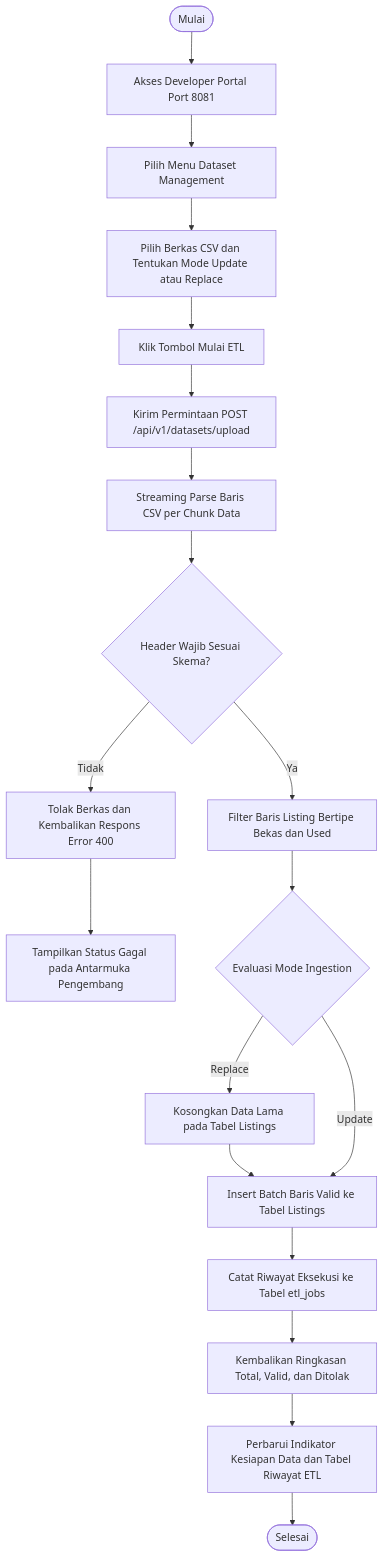
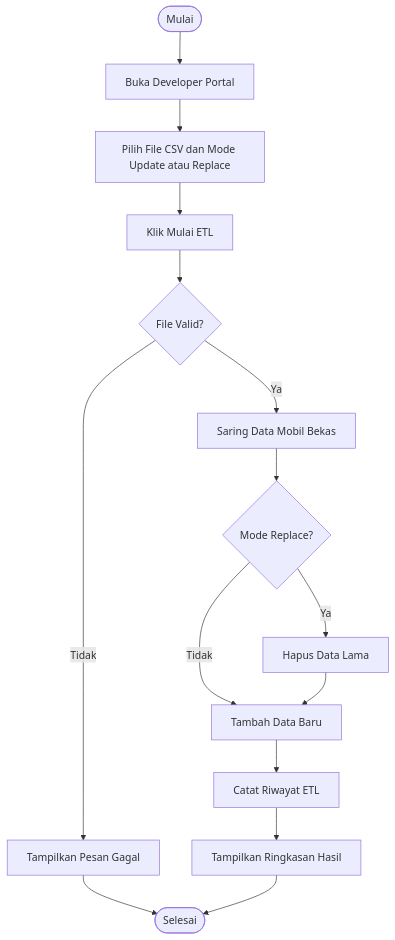
One commit to RistoKuy/XAI_Car_CP changed the ninth of 13 diagrams in README.md. Above: the diagram before and after it, drawn with Mermaid. The commit also changed other lines of this file and 2 other files, not shown here.

First line of the commit message:
docs(bab4): simplify activity diagrams 4.3 and 4.4 for lay readers

````diff
--- a/README.md
+++ b/README.md
@@ -1027,21 +1020,17 @@
 ```mermaid
 flowchart TD
-    StartDev([Mulai]) --> OpenDev[Akses Developer Portal Port 8081]
-    OpenDev --> SelectMenu[Pilih Menu Dataset Management]
-    SelectMenu --> SelectFile[Pilih Berkas CSV dan Tentukan Mode Update atau Replace]
-    SelectFile --> ClickUpload[Klik Tombol Mulai ETL]
-    ClickUpload --> SendUpload[Kirim Permintaan POST /api/v1/datasets/upload]
-    SendUpload --> StreamParse[Streaming Parse Baris CSV per Chunk Data]
-    StreamParse --> ValidateHeader{Header Wajib Sesuai Skema?}
-    ValidateHeader -- Tidak --> Reject400[Tolak Berkas dan Kembalikan Respons Error 400]
-    Reject400 --> ShowETLError[Tampilkan Status Gagal pada Antarmuka Pengembang]
-    ValidateHeader -- Ya --> FilterRows[Filter Baris Listing Bertipe Bekas dan Used]
-    FilterRows --> CheckMode{Evaluasi Mode Ingestion}
-    CheckMode -- Replace --> TruncateOld[Kosongkan Data Lama pada Tabel Listings]
-    TruncateOld --> BatchInsert[Insert Batch Baris Valid ke Tabel Listings]
-    CheckMode -- Update --> BatchInsert
-    BatchInsert --> RecordLog[Catat Riwayat Eksekusi ke Tabel etl_jobs]
-    RecordLog --> ReturnSummary[Kembalikan Ringkasan Total, Valid, dan Ditolak]
-    ReturnSummary --> UpdateUI[Perbarui Indikator Kesiapan Data dan Tabel Riwayat ETL]
-    UpdateUI --> EndDev([Selesai])
+    StartDev([Mulai]) --> OpenDev[Buka Developer Portal]
+    OpenDev --> SelectFile[Pilih File CSV dan Mode Update atau Replace]
+    SelectFile --> ClickUpload[Klik Mulai ETL]
+    ClickUpload --> CekFile{File Valid?}
+    CekFile -- Tidak --> GagalUpload[Tampilkan Pesan Gagal]
+    GagalUpload --> EndDev([Selesai])
+    CekFile -- Ya --> SaringData[Saring Data Mobil Bekas]
+    SaringData --> CekMode{Mode Replace?}
+    CekMode -- Ya --> HapusLama[Hapus Data Lama]
+    CekMode -- Tidak --> SimpanData[Tambah Data Baru]
+    HapusLama --> SimpanData
+    SimpanData --> CatatLog[Catat Riwayat ETL]
+    CatatLog --> TampilRingkas[Tampilkan Ringkasan Hasil]
+    TampilRingkas --> EndDev
 ```
````
